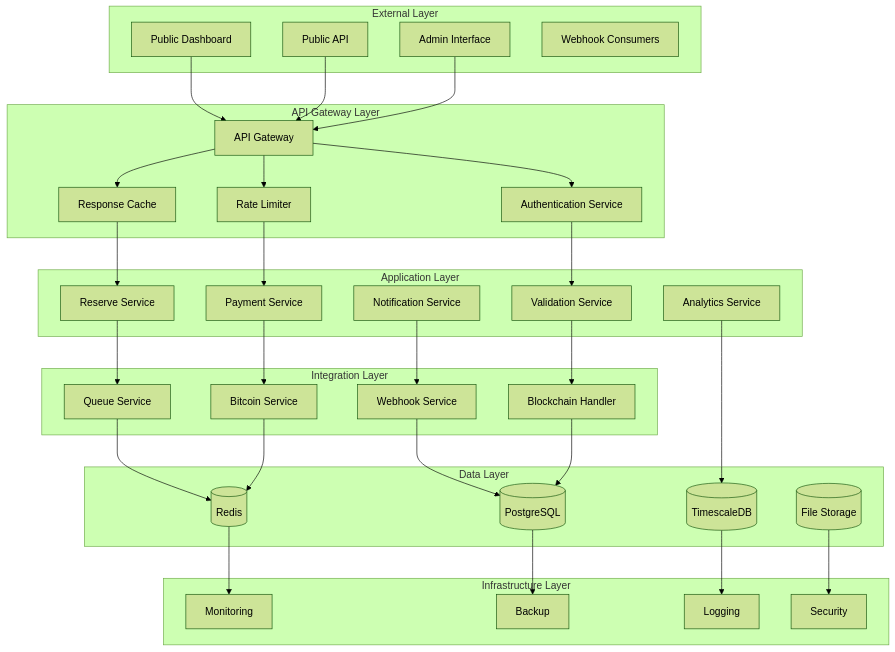
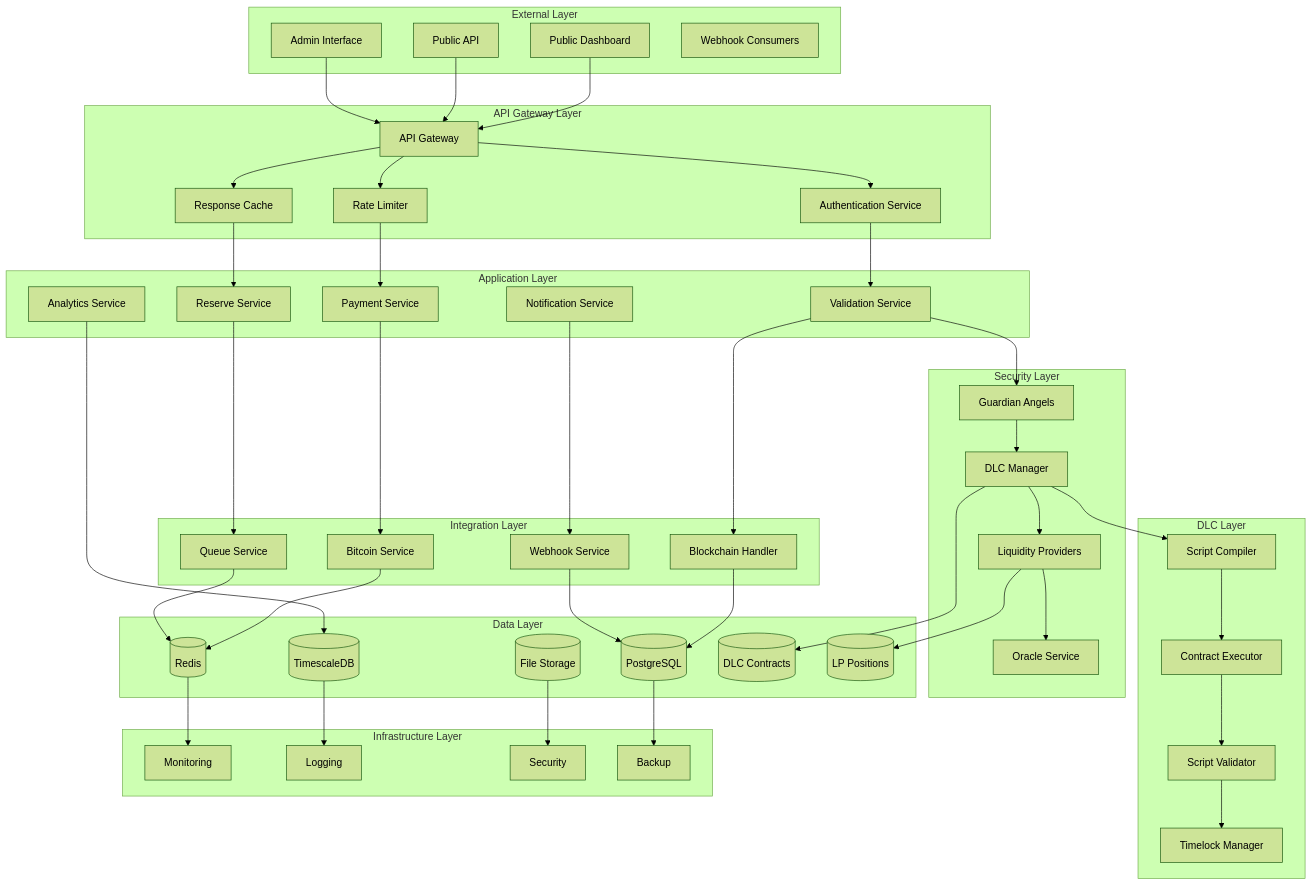
One commit to pepeneif/UniversalBitcoin changed the first of 11 diagrams in Architecture.md. Above: the diagram before and after it, drawn with Mermaid (forest theme). The commit also changed other lines of this file and 2 other files, not shown here.

Commit message:
Adding some ideas about DLCs as additional security layer for the BTC reserves

```diff
--- a/Architecture.md
+++ b/Architecture.md
@@ -64,6 +66,20 @@
         AS[Analytics Service]
     end
     
+    subgraph "Security Layer"
+        GA[Guardian Angels]
+        DLC[DLC Manager]
+        LP[Liquidity Providers]
+        ORACLE[Oracle Service]
+    end
+    
+    subgraph "DLC Layer"
+        COMPILER[Script Compiler]
+        EXECUTOR[Contract Executor]
+        VALIDATOR[Script Validator]
+        TIMELOCK[Timelock Manager]
+    end
+    
     subgraph "Integration Layer"
         BCH[Blockchain Handler]
         BTC[Bitcoin Service]
@@ -76,6 +92,8 @@
         RD[(Redis)]
         TS[(TimescaleDB)]
         FS[(File Storage)]
+        DLC_DB[(DLC Contracts)]
+        LP_DB[(LP Positions)]
     end
     
     subgraph "Infrastructure Layer"
@@ -97,6 +115,16 @@
     RATE --> PS
     CACHE --> RS
     
+    VS --> GA
+    GA --> DLC
+    DLC --> LP
+    LP --> ORACLE
+    
+    DLC --> COMPILER
+    COMPILER --> EXECUTOR
+    EXECUTOR --> VALIDATOR
+    VALIDATOR --> TIMELOCK
+    
     VS --> BCH
     PS --> BTC
     NS --> WHS
@@ -107,6 +135,8 @@
     BTC --> RD
     WHS --> PG
     QS --> RD
+    DLC --> DLC_DB
+    LP --> LP_DB
     
     PG --> BACKUP
     RD --> MON
```
